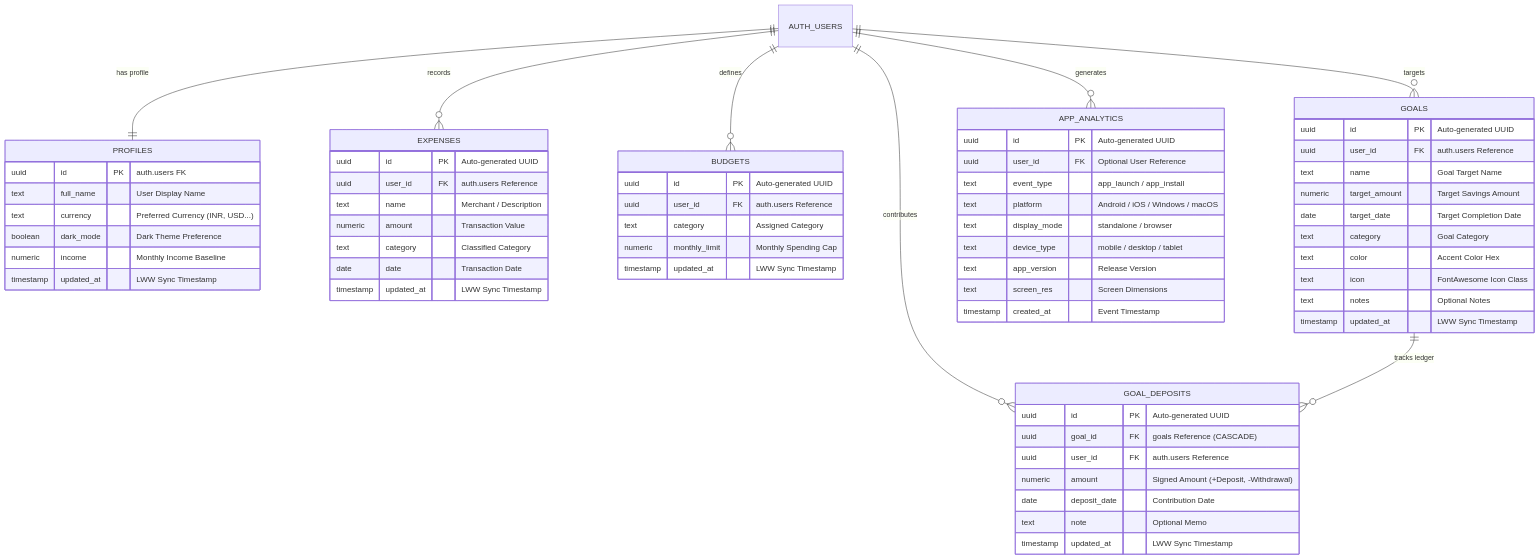
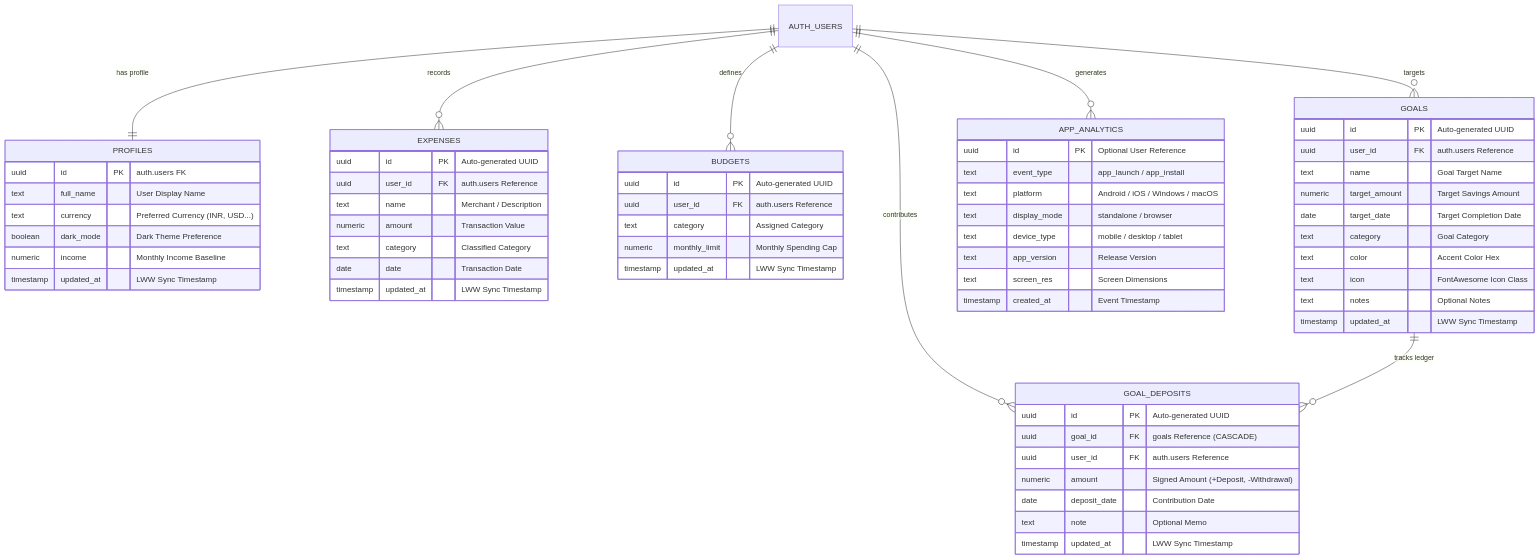
One commit to Code-Breaker-Ctrl/Ledgio changed the diagram in README.md. Above: the diagram before and after it, drawn with Mermaid. The commit also changed other lines of this file, not shown here.

````diff
--- a/README.md
+++ b/README.md
@@ -93,72 +132,71 @@
 ```mermaid
 erDiagram
     AUTH_USERS ||--|| PROFILES : "has profile"
     AUTH_USERS ||--o{ EXPENSES : "records"
     AUTH_USERS ||--o{ BUDGETS : "defines"
     AUTH_USERS ||--o{ GOALS : "targets"
     AUTH_USERS ||--o{ GOAL_DEPOSITS : "contributes"
     GOALS ||--o{ GOAL_DEPOSITS : "tracks ledger"
     AUTH_USERS ||--o{ APP_ANALYTICS : "generates"
 
     PROFILES {
         uuid id PK "auth.users FK"
         text full_name "User Display Name"
         text currency "Preferred Currency (INR, USD...)"
         boolean dark_mode "Dark Theme Preference"
         numeric income "Monthly Income Baseline"
         timestamp updated_at "LWW Sync Timestamp"
     }
 
     EXPENSES {
         uuid id PK "Auto-generated UUID"
         uuid user_id FK "auth.users Reference"
         text name "Merchant / Description"
         numeric amount "Transaction Value"
         text category "Classified Category"
         date date "Transaction Date"
         timestamp updated_at "LWW Sync Timestamp"
     }
 
     BUDGETS {
         uuid id PK "Auto-generated UUID"
         uuid user_id FK "auth.users Reference"
         text category "Assigned Category"
         numeric monthly_limit "Monthly Spending Cap"
         timestamp updated_at "LWW Sync Timestamp"
     }
 
     GOALS {
         uuid id PK "Auto-generated UUID"
         uuid user_id FK "auth.users Reference"
         text name "Goal Target Name"
         numeric target_amount "Target Savings Amount"
         date target_date "Target Completion Date"
         text category "Goal Category"
         text color "Accent Color Hex"
         text icon "FontAwesome Icon Class"
         text notes "Optional Notes"
         timestamp updated_at "LWW Sync Timestamp"
     }
 
     GOAL_DEPOSITS {
         uuid id PK "Auto-generated UUID"
         uuid goal_id FK "goals Reference (CASCADE)"
         uuid user_id FK "auth.users Reference"
         numeric amount "Signed Amount (+Deposit, -Withdrawal)"
         date deposit_date "Contribution Date"
         text note "Optional Memo"
         timestamp updated_at "LWW Sync Timestamp"
     }
 
     APP_ANALYTICS {
-        uuid id PK "Auto-generated UUID"
-        uuid user_id FK "Optional User Reference"
+        uuid id PK "Optional User Reference"
         text event_type "app_launch / app_install"
         text platform "Android / iOS / Windows / macOS"
         text display_mode "standalone / browser"
         text device_type "mobile / desktop / tablet"
         text app_version "Release Version"
         text screen_res "Screen Dimensions"
         timestamp created_at "Event Timestamp"
     }
 ```
````
